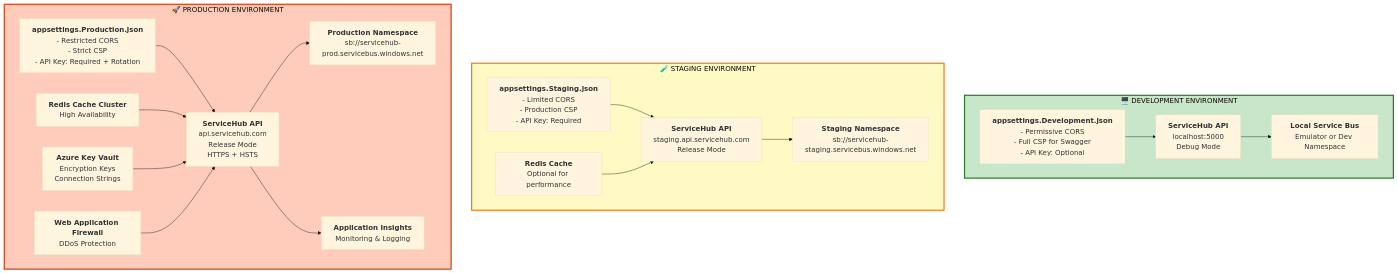
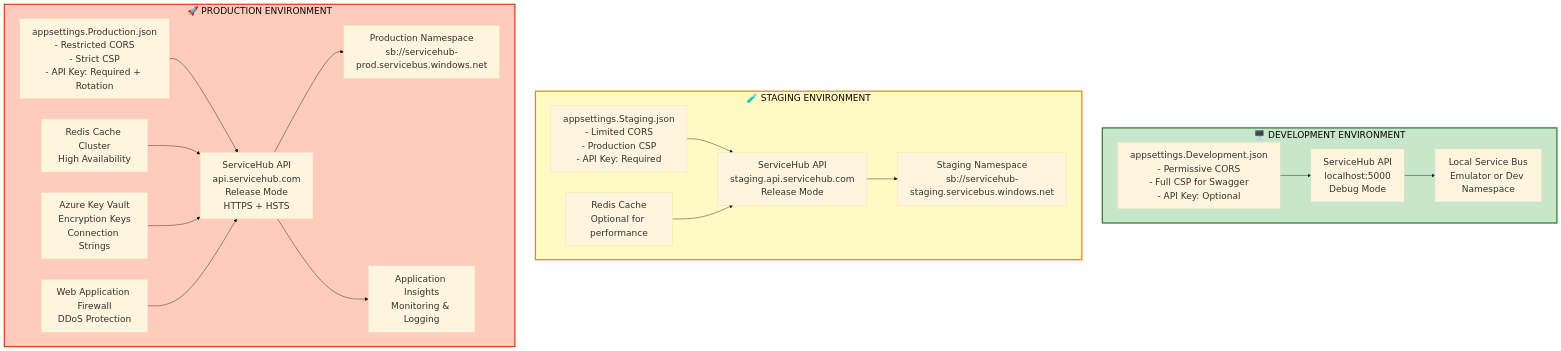
One commit to debdevops/servicehub changed diagram 12 of 12 in services/api/ARCHITECTURE.md. Above: the diagram before and after it, drawn with Mermaid. The commit also changed other lines of this file and 1 other file, not shown here.

````diff
--- a/services/api/ARCHITECTURE.md
+++ b/services/api/ARCHITECTURE.md
@@ -647,44 +647,44 @@
 ```mermaid
-%%{init: {'theme':'base', 'themeVariables': { 'fontSize':'17px'}}}%%
+%%{init: {'theme':'base', 'themeVariables': { 'fontSize':'22px'}}}%%
 graph TB
     subgraph Development["🖥️ DEVELOPMENT ENVIRONMENT"]
-        DEV_API["<b>ServiceHub API</b><br/>localhost:5000<br/>Debug Mode"]
-        DEV_SB["<b>Local Service Bus</b><br/>Emulator or Dev Namespace"]
-        DEV_CONFIG["<b>appsettings.Development.json</b><br/>- Permissive CORS<br/>- Full CSP for Swagger<br/>- API Key: Optional"]
+        DEV_API["ServiceHub API<br/>localhost:5000<br/>Debug Mode"]
+        DEV_SB["Local Service Bus<br/>Emulator or Dev Namespace"]
+        DEV_CONFIG["appsettings.Development.json<br/>- Permissive CORS<br/>- Full CSP for Swagger<br/>- API Key: Optional"]
     end
 
     subgraph Staging["🧪 STAGING ENVIRONMENT"]
-        STAG_API["<b>ServiceHub API</b><br/>staging.api.servicehub.com<br/>Release Mode"]
-        STAG_SB["<b>Staging Namespace</b><br/>sb://servicehub-staging.servicebus.windows.net"]
-        STAG_CONFIG["<b>appsettings.Staging.json</b><br/>- Limited CORS<br/>- Production CSP<br/>- API Key: Required"]
-        STAG_CACHE["<b>Redis Cache</b><br/>Optional for performance"]
+        STAG_API["ServiceHub API<br/>staging.api.servicehub.com<br/>Release Mode"]
+        STAG_SB["Staging Namespace<br/>sb://servicehub-staging.servicebus.windows.net"]
+        STAG_CONFIG["appsettings.Staging.json<br/>- Limited CORS<br/>- Production CSP<br/>- API Key: Required"]
+        STAG_CACHE["Redis Cache<br/>Optional for performance"]
     end
 
     subgraph Production["🚀 PRODUCTION ENVIRONMENT"]
-        PROD_API["<b>ServiceHub API</b><br/>api.servicehub.com<br/>Release Mode<br/>HTTPS + HSTS"]
-        PROD_SB["<b>Production Namespace</b><br/>sb://servicehub-prod.servicebus.windows.net"]
-        PROD_CONFIG["<b>appsettings.Production.json</b><br/>- Restricted CORS<br/>- Strict CSP<br/>- API Key: Required + Rotation"]
-        PROD_CACHE["<b>Redis Cache Cluster</b><br/>High Availability"]
-        PROD_KV["<b>Azure Key Vault</b><br/>Encryption Keys<br/>Connection Strings"]
-        MONITOR["<b>Application Insights</b><br/>Monitoring & Logging"]
-        WAF["<b>Web Application Firewall</b><br/>DDoS Protection"]
+        PROD_API["ServiceHub API<br/>api.servicehub.com<br/>Release Mode<br/>HTTPS + HSTS"]
+        PROD_SB["Production Namespace<br/>sb://servicehub-prod.servicebus.windows.net"]
+        PROD_CONFIG["appsettings.Production.json<br/>- Restricted CORS<br/>- Strict CSP<br/>- API Key: Required + Rotation"]
+        PROD_CACHE["Redis Cache Cluster<br/>High Availability"]
+        PROD_KV["Azure Key Vault<br/>Encryption Keys<br/>Connection Strings"]
+        MONITOR["Application Insights<br/>Monitoring & Logging"]
+        WAF["Web Application Firewall<br/>DDoS Protection"]
     end
 
     DEV_API --> DEV_SB
     DEV_CONFIG --> DEV_API
     
     STAG_API --> STAG_SB
     STAG_CONFIG --> STAG_API
     STAG_CACHE --> STAG_API
     
     PROD_API --> PROD_SB
     PROD_CONFIG --> PROD_API
     PROD_CACHE --> PROD_API
     PROD_KV --> PROD_API
     PROD_API --> MONITOR
     WAF --> PROD_API
 
     style Development fill:#c8e6c9,stroke:#2e7d32,stroke-width:3px
     style Staging fill:#fff9c4,stroke:#f57f17,stroke-width:3px
     style Production fill:#ffccbc,stroke:#d84315,stroke-width:3px
 ```
````
